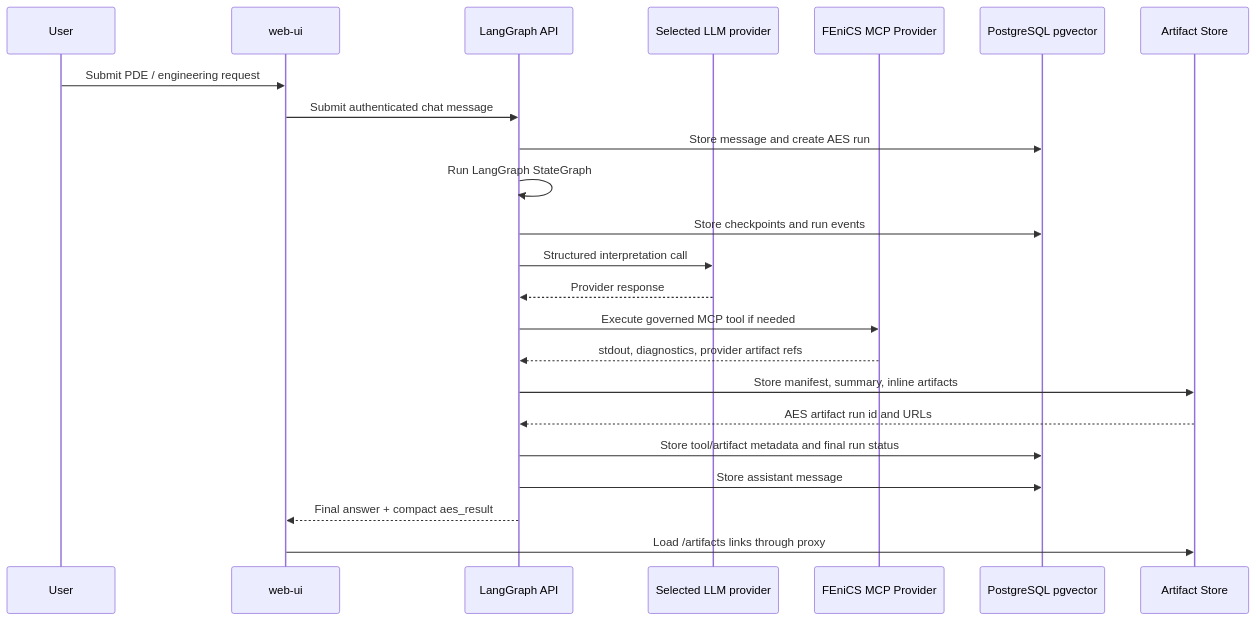
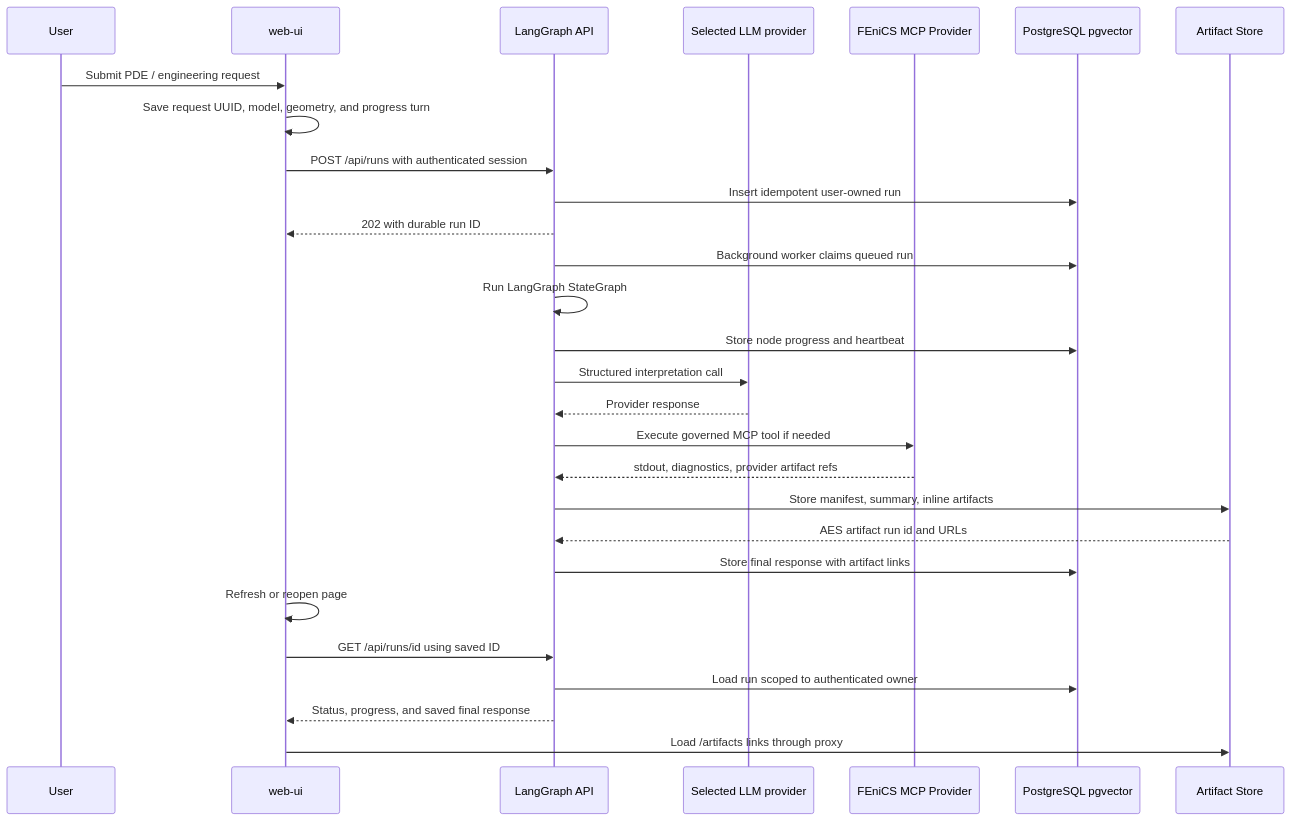
The fourth of 14 diagrams in docs/architecture.md (RadmirG/AES), drawn with Mermaid before and after one commit. The commit also changed other lines of this file and 23 other files, not shown here.

Commit message:
New recovery flow after browser refresh

````diff
--- a/docs/architecture.md
+++ b/docs/architecture.md
@@ -109,26 +110,31 @@
 ```mermaid
 sequenceDiagram
     participant User
     participant UI as web-ui
     participant LG as LangGraph API
     participant Model as Selected LLM provider
     participant MCP as FEniCS MCP Provider
     participant DB as PostgreSQL pgvector
     participant Store as Artifact Store
 
     User->>UI: Submit PDE / engineering request
-    UI->>LG: Submit authenticated chat message
-    LG->>DB: Store message and create AES run
+    UI->>UI: Save request UUID, model, geometry, and progress turn
+    UI->>LG: POST /api/runs with authenticated session
+    LG->>DB: Insert idempotent user-owned run
+    LG-->>UI: 202 with durable run ID
+    LG->>DB: Background worker claims queued run
     LG->>LG: Run LangGraph StateGraph
-    LG->>DB: Store checkpoints and run events
+    LG->>DB: Store node progress and heartbeat
     LG->>Model: Structured interpretation call
     Model-->>LG: Provider response
     LG->>MCP: Execute governed MCP tool if needed
     MCP-->>LG: stdout, diagnostics, provider artifact refs
     LG->>Store: Store manifest, summary, inline artifacts
     Store-->>LG: AES artifact run id and URLs
-    LG->>DB: Store tool/artifact metadata and final run status
-    LG->>DB: Store assistant message
-    LG-->>UI: Final answer + compact aes_result
+    LG->>DB: Store final response with artifact links
+    UI->>UI: Refresh or reopen page
+    UI->>LG: GET /api/runs/id using saved ID
+    LG->>DB: Load run scoped to authenticated owner
+    LG-->>UI: Status, progress, and saved final response
     UI->>Store: Load /artifacts links through proxy
 ```
````
